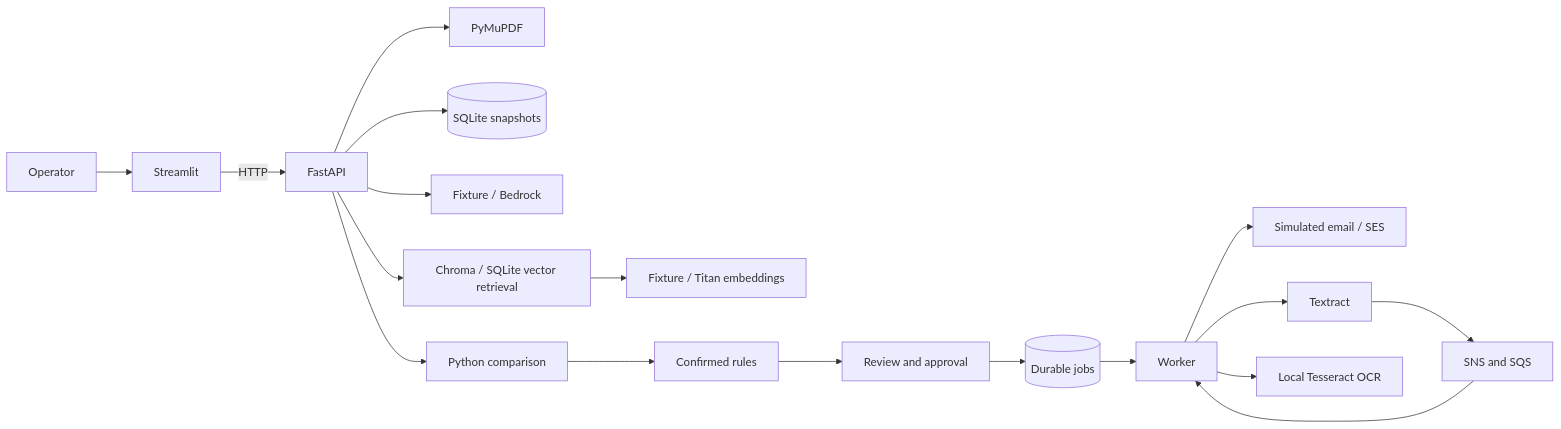
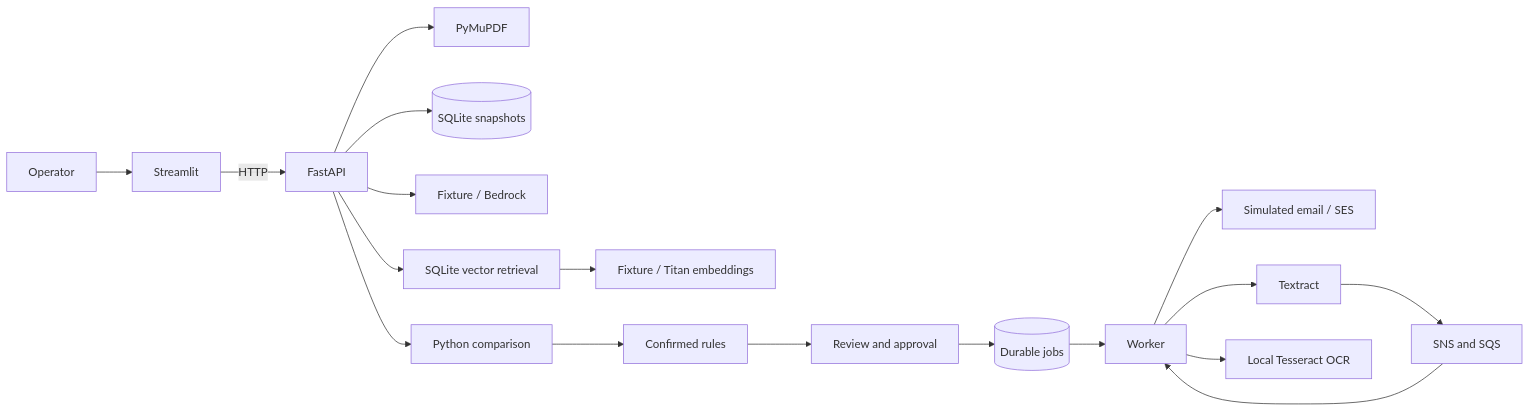
One commit to surajnair17/vendorops-ai changed the diagram in backend/docs/architecture.md. Above: the diagram before and after it, drawn with Mermaid. The commit also changed other lines of this file and 49 other files, not shown here.

````diff
--- a/backend/docs/architecture.md
+++ b/backend/docs/architecture.md
@@ -3,20 +3,20 @@
 ```mermaid
 flowchart LR
   U[Operator] --> F[Streamlit]
   F -->|HTTP| A[FastAPI]
   A --> P[PyMuPDF]
   A --> D[(SQLite snapshots)]
   A --> M[Fixture / Bedrock]
   A --> C[Python comparison]
-  A --> R[Chroma / SQLite vector retrieval]
+  A --> R[SQLite vector retrieval]
   R --> E[Fixture / Titan embeddings]
   C --> H[Confirmed rules]
   H --> V[Review and approval]
   V --> J[(Durable jobs)]
   J --> W[Worker]
   W --> S[Simulated email / SES]
   W --> T[Textract]
   W --> O[Local Tesseract OCR]
   T --> N[SNS and SQS]
   N --> W
 ```
````
